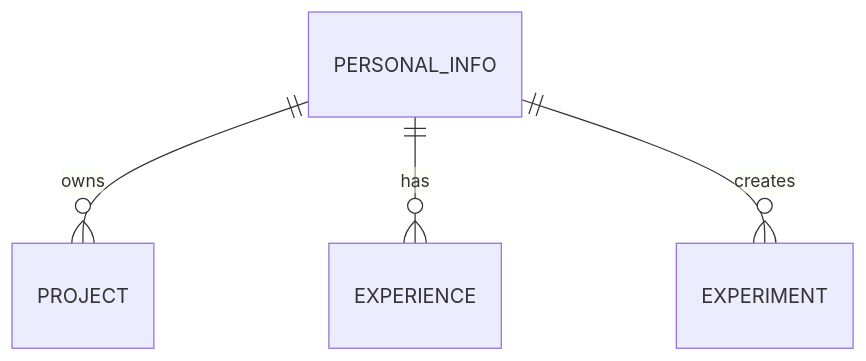
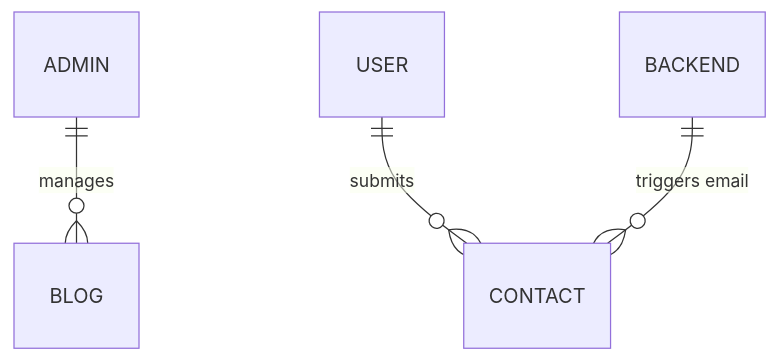
One commit to DYBInh2k5/Vo_Duy_Binh_Cong_Viec changed the diagram in DATABASE_SCHEMA.md. Above: the diagram before and after it, drawn with Mermaid. The commit also changed other lines of this file and 3 other files, not shown here.

First line of the commit message:
feat: Implement full-stack architecture with Firebase

````diff
--- a/DATABASE_SCHEMA.md
+++ b/DATABASE_SCHEMA.md
@@ -59,6 +59,6 @@
 ```mermaid
 erDiagram
-    PERSONAL_INFO ||--o{ PROJECT : "owns"
-    PERSONAL_INFO ||--o{ EXPERIENCE : "has"
-    PERSONAL_INFO ||--o{ EXPERIMENT : "creates"
+    ADMIN ||--o{ BLOG : "manages"
+    USER ||--o{ CONTACT : "submits"
+    BACKEND ||--o{ CONTACT : "triggers email"
 ```
````
